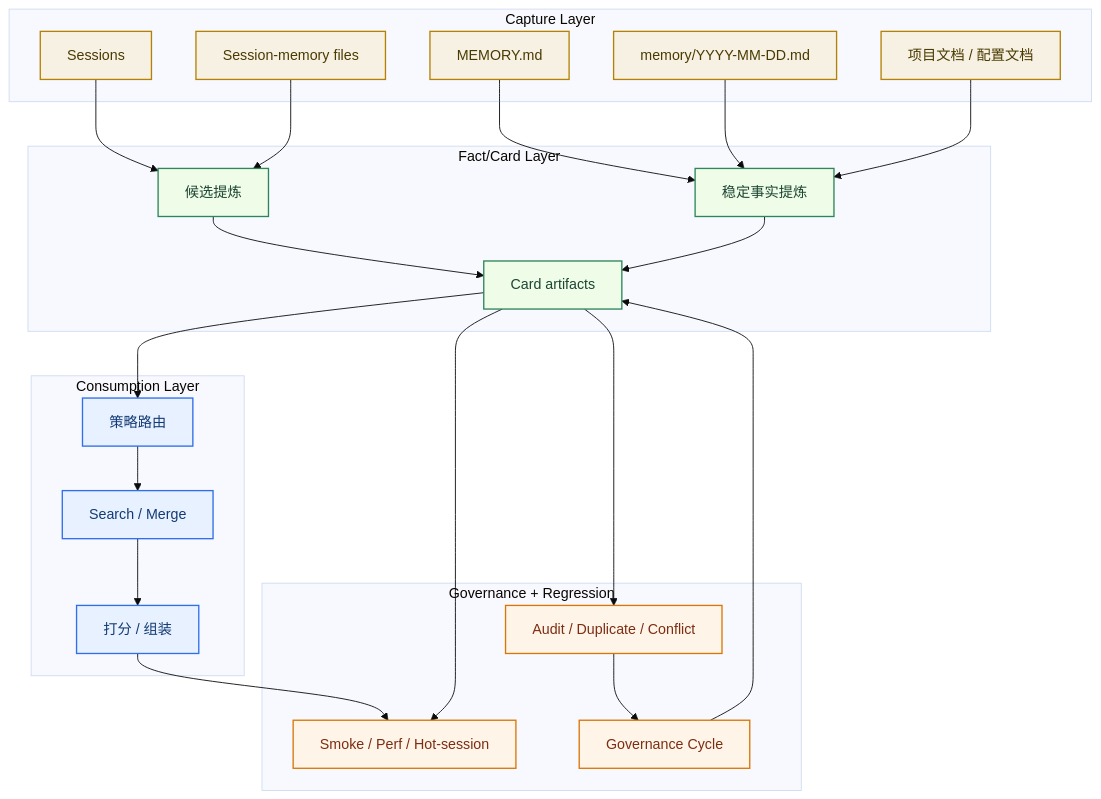
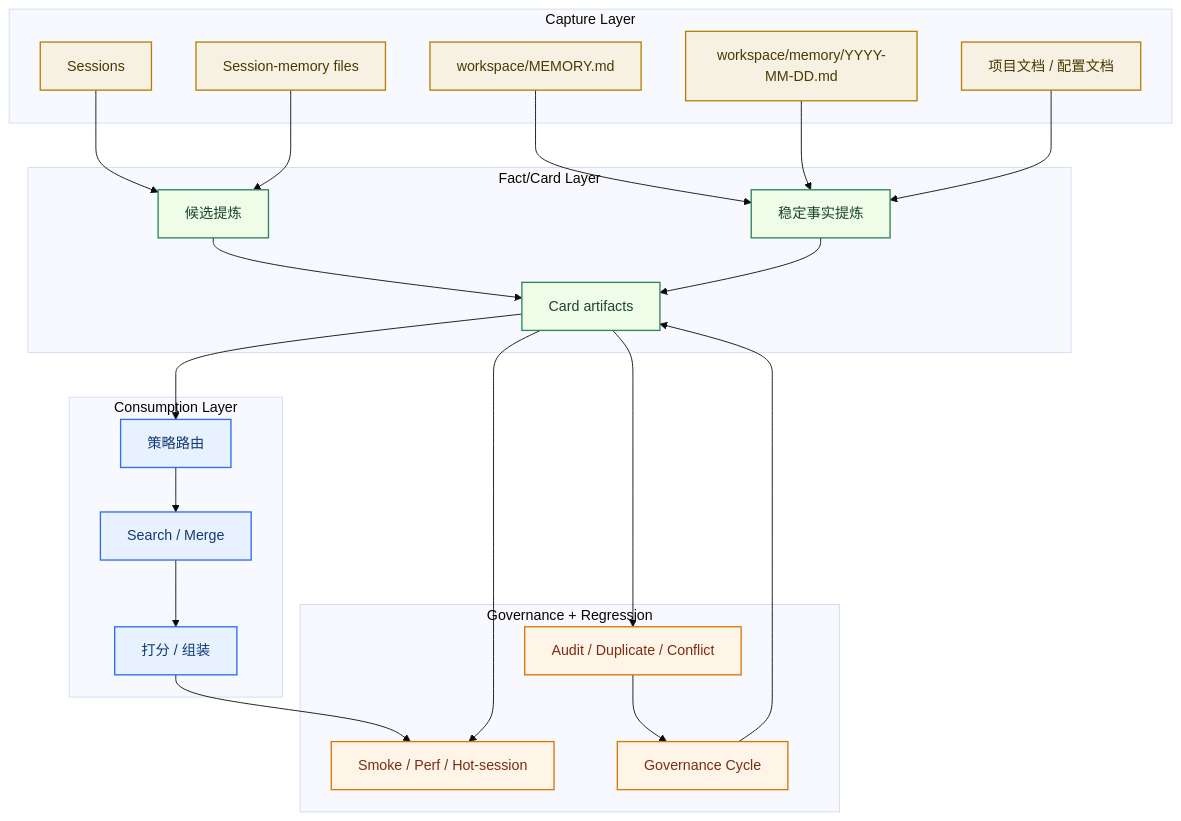
Diagram 13 of 16 in system-architecture.md (redcreen/memory-context-claw), drawn with Mermaid (base theme) before and after one commit. The commit also changed other lines of this file and 13 other files, not shown here.

````diff
--- a/system-architecture.md
+++ b/system-architecture.md
@@ -611,53 +621,53 @@
 ```mermaid
 flowchart TB
     subgraph L1["Capture Layer"]
         A1["Sessions"]
         A2["Session-memory files"]
-        A3["MEMORY.md"]
-        A4["memory/YYYY-MM-DD.md"]
+        A3["workspace/MEMORY.md"]
+        A4["workspace/memory/YYYY-MM-DD.md"]
         A5["项目文档 / 配置文档"]
     end
 
     subgraph L2["Fact/Card Layer"]
         B1["候选提炼"]
         B2["稳定事实提炼"]
         B3["Card artifacts"]
     end
 
     subgraph L3["Consumption Layer"]
         C1["策略路由"]
         C2["Search / Merge"]
         C3["打分 / 组装"]
     end
 
     subgraph L4["Governance + Regression"]
         D1["Smoke / Perf / Hot-session"]
         D2["Audit / Duplicate / Conflict"]
         D3["Governance Cycle"]
     end
 
     A1 --> B1
     A2 --> B1
     A3 --> B2
     A4 --> B2
     A5 --> B2
     B1 --> B3
     B2 --> B3
     B3 --> C1
     C1 --> C2
     C2 --> C3
     B3 --> D1
     B3 --> D2
     C3 --> D1
     D2 --> D3
     D3 --> B3
 
     classDef capture fill:#f7f1e3,stroke:#b58105,color:#4a3a00,stroke-width:1.5px;
     classDef fact fill:#eefce8,stroke:#2f855a,color:#1c4532,stroke-width:1.5px;
     classDef consume fill:#e8f1ff,stroke:#2f6feb,color:#123a73,stroke-width:1.5px;
     classDef govern fill:#fff4e8,stroke:#d97706,color:#7c2d12,stroke-width:1.5px;
     class A1,A2,A3,A4,A5 capture;
     class B1,B2,B3 fact;
     class C1,C2,C3 consume;
     class D1,D2,D3 govern;
 ```
````
